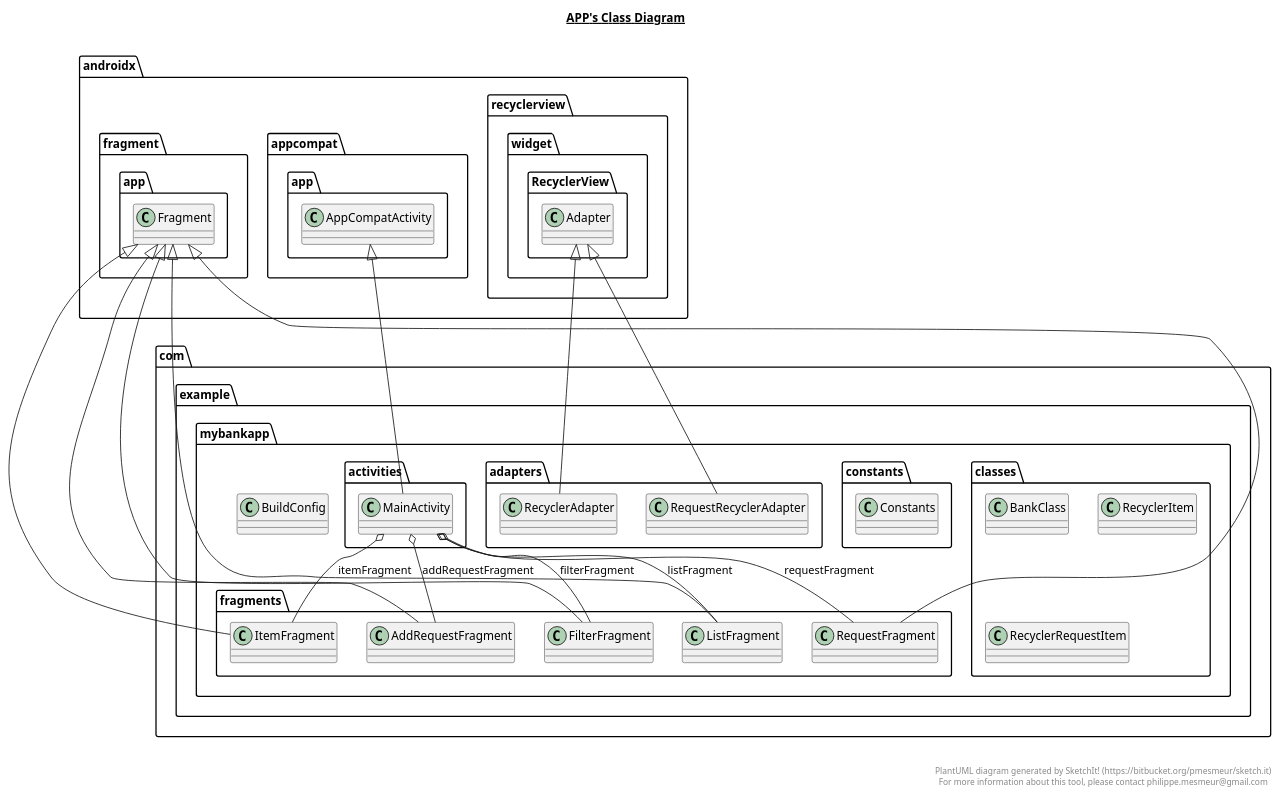
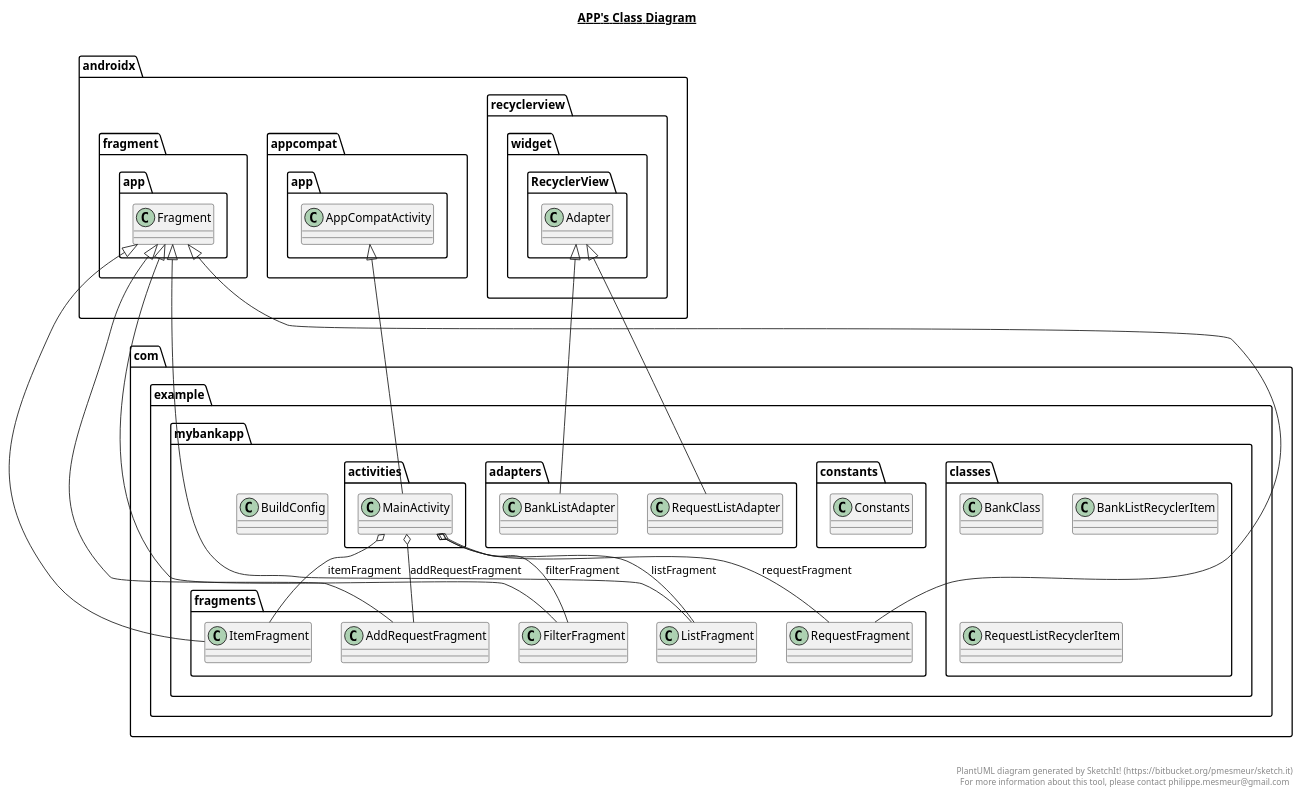
Before and after one commit to amether/myBankApp: the diagram in app/app.plantuml, drawn with PlantUML. The commit also changed 19 other files, not shown here.

```diff
--- a/app/app.plantuml
+++ b/app/app.plantuml
@@ -1,105 +1,105 @@
 @startuml
 
 title __APP's Class Diagram__\n
 
   namespace com.example.mybankapp {
     class com.example.mybankapp.fragments.AddRequestFragment {
     }
   }
   
 
   namespace com.example.mybankapp {
     class com.example.mybankapp.classes.BankClass {
     }
   }
   
 
   namespace com.example.mybankapp {
     class com.example.mybankapp.BuildConfig {
     }
   }
   
 
   namespace com.example.mybankapp {
     class com.example.mybankapp.constants.Constants {
     }
   }
   
 
   namespace com.example.mybankapp {
     class com.example.mybankapp.fragments.FilterFragment {
     }
   }
   
 
   namespace com.example.mybankapp {
     class com.example.mybankapp.fragments.ItemFragment {
     }
   }
   
 
   namespace com.example.mybankapp {
     class com.example.mybankapp.fragments.ListFragment {
     }
   }
   
 
   namespace com.example.mybankapp {
     class com.example.mybankapp.activities.MainActivity {
     }
   }
   
 
   namespace com.example.mybankapp {
-    class com.example.mybankapp.adapters.RecyclerAdapter {
+    class com.example.mybankapp.adapters.BankListAdapter {
     }
   }
   
 
   namespace com.example.mybankapp {
-    class com.example.mybankapp.classes.RecyclerItem {
+    class com.example.mybankapp.classes.BankListRecyclerItem {
     }
   }
   
 
   namespace com.example.mybankapp {
-    class com.example.mybankapp.classes.RecyclerRequestItem {
+    class com.example.mybankapp.classes.RequestListRecyclerItem {
     }
   }
   
 
   namespace com.example.mybankapp {
     class com.example.mybankapp.fragments.RequestFragment {
     }
   }
   
 
   namespace com.example.mybankapp {
-    class com.example.mybankapp.adapters.RequestRecyclerAdapter {
+    class com.example.mybankapp.adapters.RequestListAdapter {
     }
   }
   
 
   com.example.mybankapp.fragments.AddRequestFragment -up-|> androidx.fragment.app.Fragment
   com.example.mybankapp.fragments.FilterFragment -up-|> androidx.fragment.app.Fragment
   com.example.mybankapp.fragments.ItemFragment -up-|> androidx.fragment.app.Fragment
   com.example.mybankapp.fragments.ListFragment -up-|> androidx.fragment.app.Fragment
   com.example.mybankapp.activities.MainActivity -up-|> androidx.appcompat.app.AppCompatActivity
   com.example.mybankapp.activities.MainActivity o-- com.example.mybankapp.fragments.AddRequestFragment : addRequestFragment
   com.example.mybankapp.activities.MainActivity o-- com.example.mybankapp.fragments.FilterFragment : filterFragment
   com.example.mybankapp.activities.MainActivity o-- com.example.mybankapp.fragments.ItemFragment : itemFragment
   com.example.mybankapp.activities.MainActivity o-- com.example.mybankapp.fragments.ListFragment : listFragment
   com.example.mybankapp.activities.MainActivity o-- com.example.mybankapp.fragments.RequestFragment : requestFragment
-  com.example.mybankapp.adapters.RecyclerAdapter -up-|> androidx.recyclerview.widget.RecyclerView.Adapter
+  com.example.mybankapp.adapters.BankListAdapter -up-|> androidx.recyclerview.widget.RecyclerView.Adapter
   com.example.mybankapp.fragments.RequestFragment -up-|> androidx.fragment.app.Fragment
-  com.example.mybankapp.adapters.RequestRecyclerAdapter -up-|> androidx.recyclerview.widget.RecyclerView.Adapter
+  com.example.mybankapp.adapters.RequestListAdapter -up-|> androidx.recyclerview.widget.RecyclerView.Adapter
 
 
 right footer
 
 
 PlantUML diagram generated by SketchIt! (https://bitbucket.org/pmesmeur/sketch.it)
 For more information about this tool, please contact philippe.mesmeur@gmail.com
 endfooter
 
 @enduml
```
